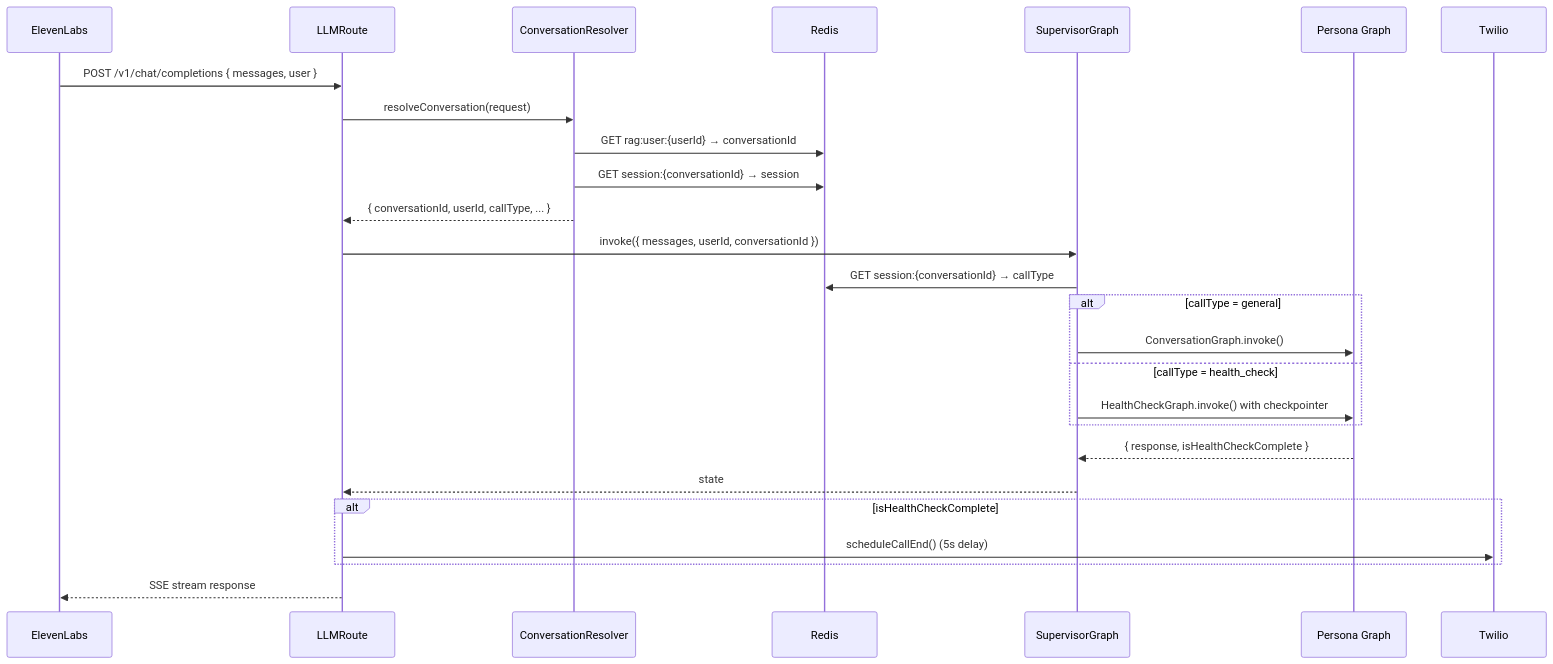
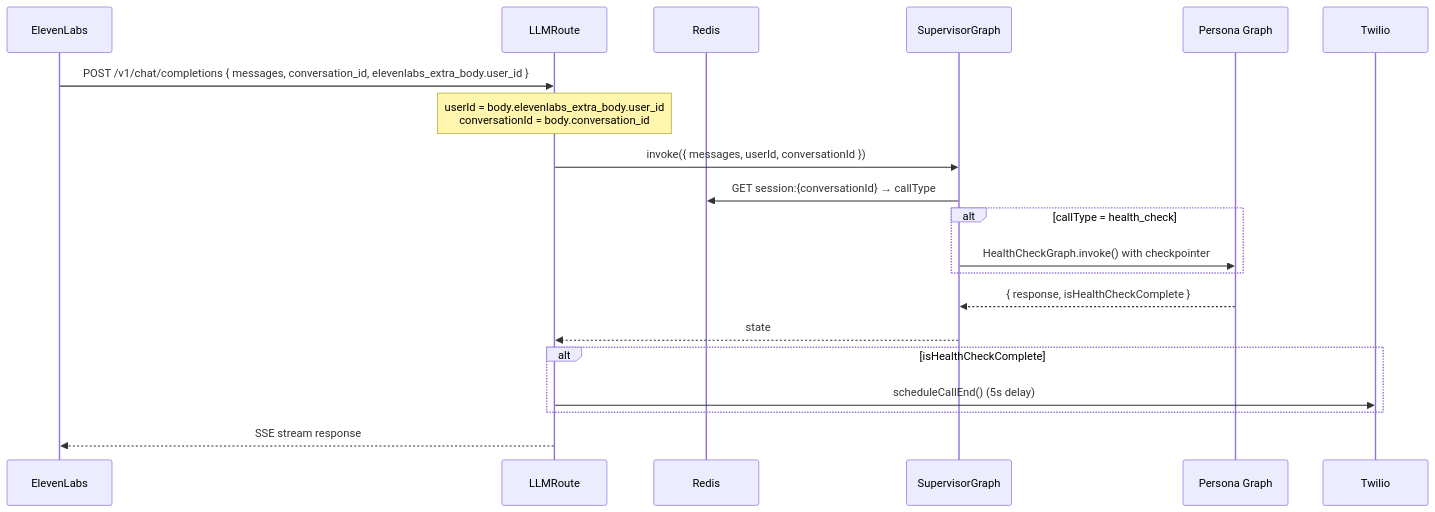
One commit to Kish170/nAIber-proto changed the first of 3 diagrams in docs/arch/llm-server.md. Above: the diagram before and after it, drawn with Mermaid. The commit also changed other lines of this file and 66 other files, not shown here.

````diff
--- a/docs/arch/llm-server.md
+++ b/docs/arch/llm-server.md
@@ -81,33 +74,27 @@
 ```mermaid
 sequenceDiagram
     participant EL as ElevenLabs
     participant Route as LLMRoute
-    participant Resolver as ConversationResolver
     participant Redis
     participant SG as SupervisorGraph
     participant PG as Persona Graph
 
-    EL->>Route: POST /v1/chat/completions { messages, user }
-    Route->>Resolver: resolveConversation(request)
-    Resolver->>Redis: GET rag:user:{userId} → conversationId
-    Resolver->>Redis: GET session:{conversationId} → session
-    Resolver-->>Route: { conversationId, userId, callType, ... }
+    EL->>Route: POST /v1/chat/completions { messages, conversation_id, elevenlabs_extra_body.user_id }
+    Note over Route: userId = body.elevenlabs_extra_body.user_id<br/>conversationId = body.conversation_id
 
     Route->>SG: invoke({ messages, userId, conversationId })
     SG->>Redis: GET session:{conversationId} → callType
 
-    alt callType = general
-        SG->>PG: ConversationGraph.invoke()
-    else callType = health_check
+    alt callType = health_check
         SG->>PG: HealthCheckGraph.invoke() with checkpointer
     end
 
     PG-->>SG: { response, isHealthCheckComplete }
     SG-->>Route: state
 
     alt isHealthCheckComplete
         Route->>Twilio: scheduleCallEnd() (5s delay)
     end
 
     Route-->>EL: SSE stream response
 ```
````
